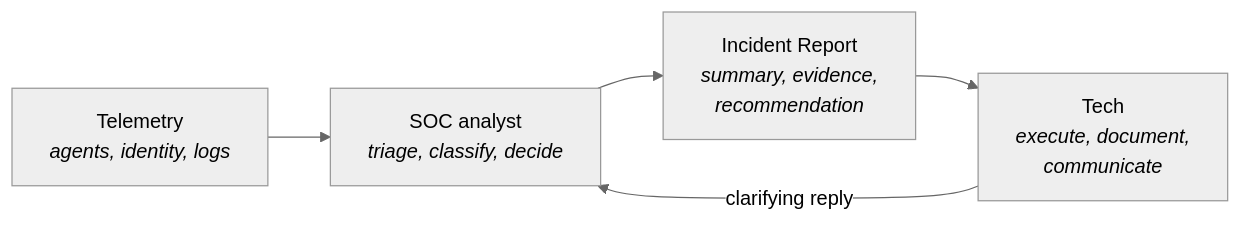
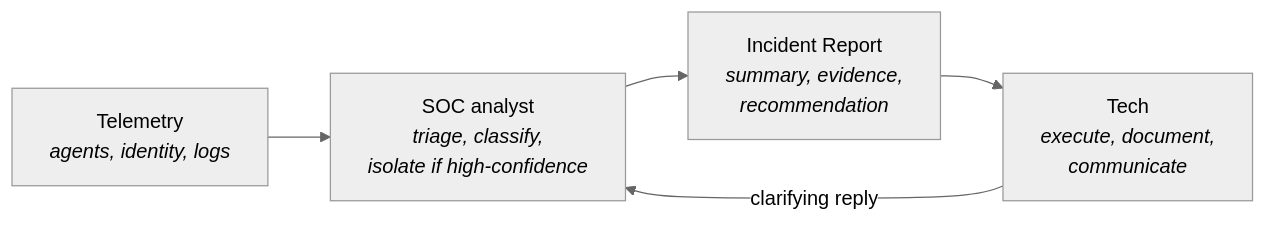
One commit to ccp-aus/learn changed the diagram in src/content/lessons/huntress/l1/05-managed-soc-model.mdx. Above: the diagram before and after it, drawn with Mermaid (neutral theme). The commit also changed other lines of this file and 13 other files, not shown here.

````diff
--- a/src/content/lessons/huntress/l1/05-managed-soc-model.mdx
+++ b/src/content/lessons/huntress/l1/05-managed-soc-model.mdx
@@ -22,11 +22,11 @@
 ```mermaid
 flowchart LR
   T["Telemetry<br/><em>agents, identity, logs</em>"]
-  A["SOC analyst<br/><em>triage, classify, decide</em>"]
+  A["SOC analyst<br/><em>triage, classify,<br/>isolate if high-confidence</em>"]
   IR["Incident Report<br/><em>summary, evidence,<br/>recommendation</em>"]
   Tech["Tech<br/><em>execute, document,<br/>communicate</em>"]
   T --> A
   A --> IR
   IR --> Tech
   Tech -->|clarifying reply| A
 ```
````
